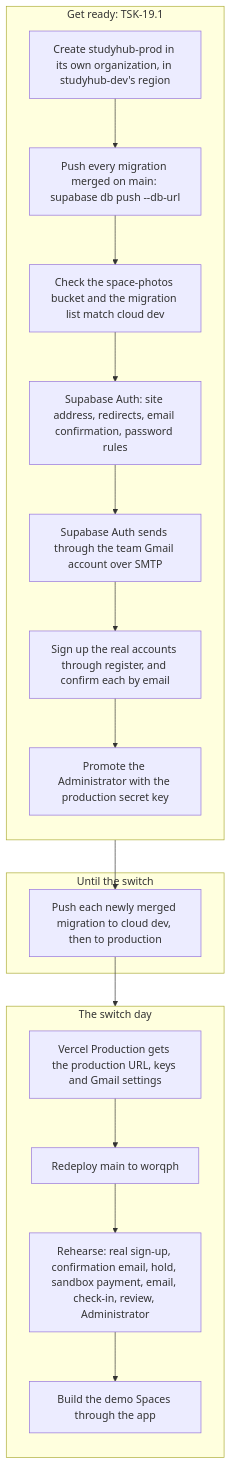
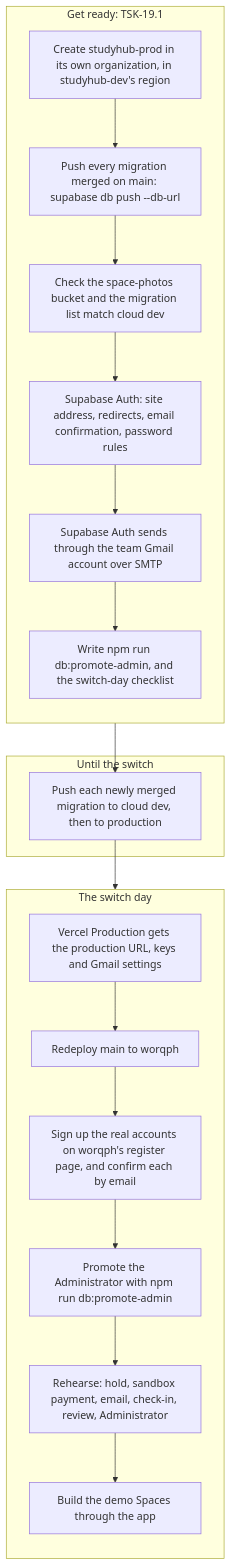
Before and after one commit to dreeyanzz/studyhub: the diagram in docs/design/STORY-19-final-hardening.md, drawn with Mermaid. The commit also changed other lines of this file and 2 other files, not shown here.

First line of the commit message:
docs(STORY-19): sign up production's accounts on the switch day

````diff
--- a/docs/design/STORY-19-final-hardening.md
+++ b/docs/design/STORY-19-final-hardening.md
@@ -69,26 +70,27 @@
 ```mermaid
 flowchart TB
     subgraph ready["Get ready: TSK-19.1"]
         direction TB
         P1["Create studyhub-prod in its own organization, in studyhub-dev's region"]
         P2["Push every migration merged on main: supabase db push --db-url"]
         P3["Check the space-photos bucket and the migration list match cloud dev"]
         P4["Supabase Auth: site address, redirects, email confirmation, password rules"]
         P5["Supabase Auth sends through the team Gmail account over SMTP"]
-        P6["Sign up the real accounts through register, and confirm each by email"]
-        P7["Promote the Administrator with the production secret key"]
-        P1 --> P2 --> P3 --> P4 --> P5 --> P6 --> P7
+        P6["Write npm run db:promote-admin, and the switch-day checklist"]
+        P1 --> P2 --> P3 --> P4 --> P5 --> P6
     end
     subgraph keep["Until the switch"]
         K1["Push each newly merged migration to cloud dev, then to production"]
     end
     subgraph switch["The switch day"]
         direction TB
         S1["Vercel Production gets the production URL, keys and Gmail settings"]
         S2["Redeploy main to worqph"]
-        S3["Rehearse: real sign-up, confirmation email, hold, sandbox payment, email, check-in, review, Administrator"]
-        S4["Build the demo Spaces through the app"]
-        S1 --> S2 --> S3 --> S4
+        S3["Sign up the real accounts on worqph's register page, and confirm each by email"]
+        S4["Promote the Administrator with npm run db:promote-admin"]
+        S5["Rehearse: hold, sandbox payment, email, check-in, review, Administrator"]
+        S6["Build the demo Spaces through the app"]
+        S1 --> S2 --> S3 --> S4 --> S5 --> S6
     end
-    P7 --> K1 --> S1
+    P6 --> K1 --> S1
 ```
````
